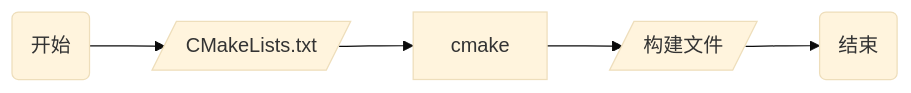
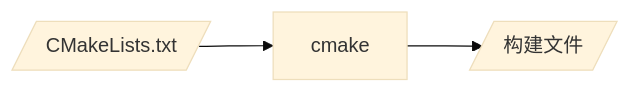
One commit to dmjcb/dmjcb.github.io changed the third of 9 diagrams in _posts/software/build_tool/cmake/2024-10-22-使用.md. Above: the diagram before and after it, drawn with Mermaid (base theme). The commit also changed other lines of this file and 72 other files, not shown here.

````diff
--- a/_posts/software/build_tool/cmake/2024-10-22-使用.md
+++ b/_posts/software/build_tool/cmake/2024-10-22-使用.md
@@ -98,4 +98,4 @@
 ```mermaid
 graph LR;
-    X(开始)-->A[/CMakeLists.txt/]-->B[cmake]-->C[/构建文件/]-->Z(结束)
+    A[/CMakeLists.txt/]-->B[cmake]-->C[/构建文件/]
 ```
````
